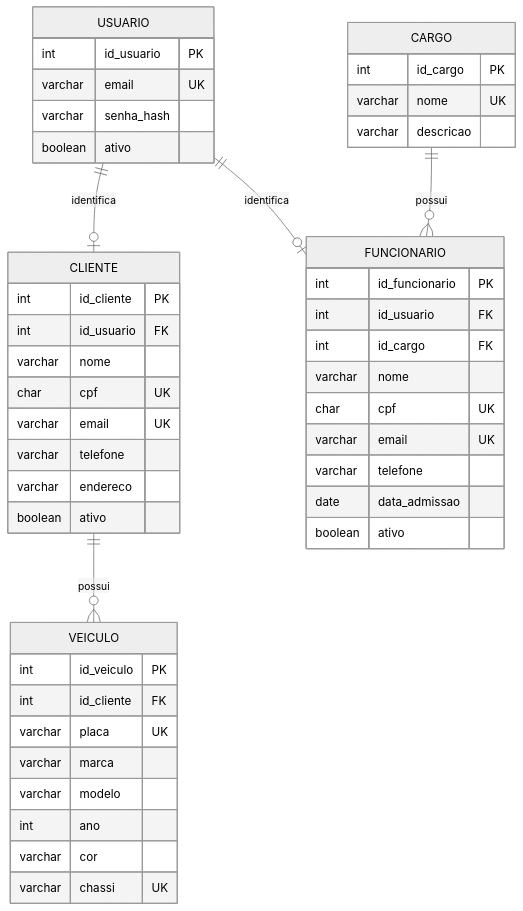
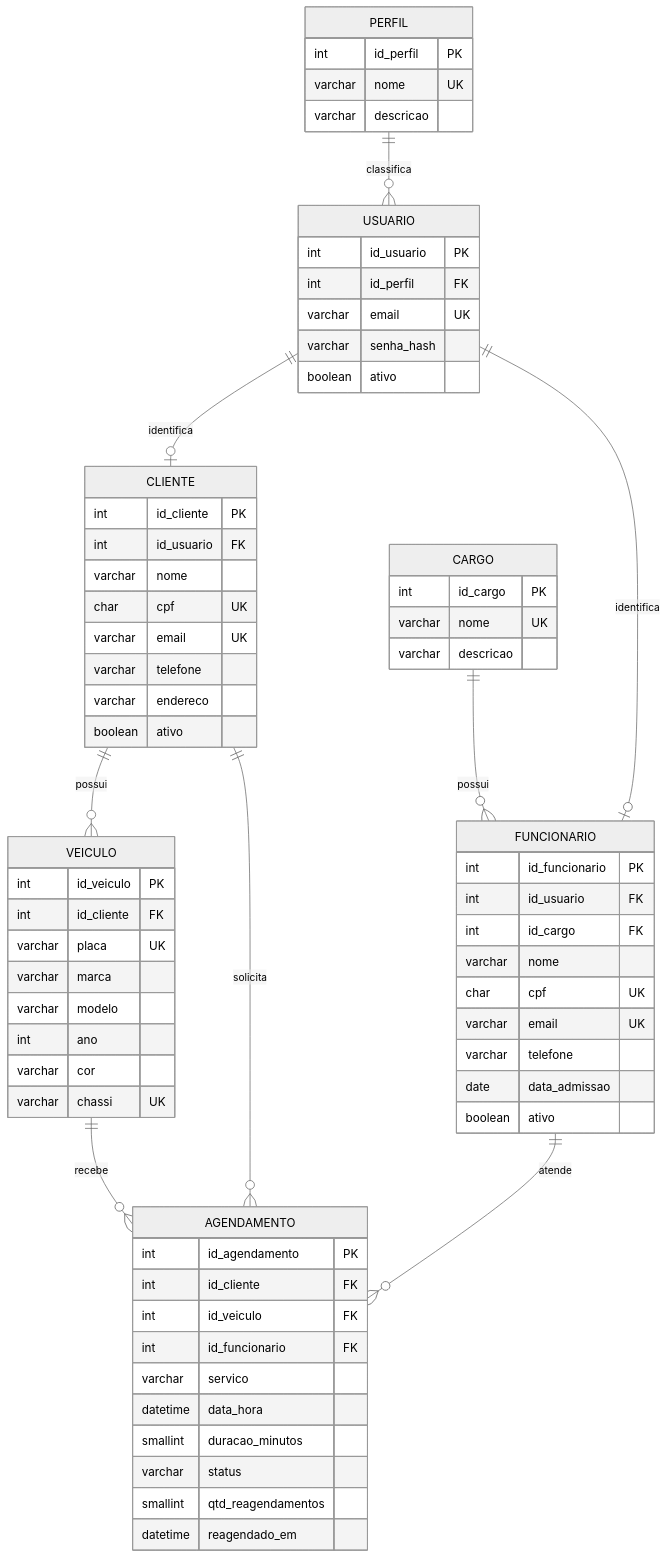
The second of 2 diagrams in README.md (viniciusMoraesChaves/OficinaDS), drawn with Mermaid (neutral theme) before and after one commit. The commit also changed other lines of this file, not shown here.

````diff
--- a/README.md
+++ b/README.md
@@ -143,54 +201,78 @@
 ```mermaid
 erDiagram
+    PERFIL ||--o{ USUARIO : classifica
     USUARIO ||--o| CLIENTE : identifica
     USUARIO ||--o| FUNCIONARIO : identifica
     CARGO ||--o{ FUNCIONARIO : possui
     CLIENTE ||--o{ VEICULO : possui
+    VEICULO ||--o{ AGENDAMENTO : recebe
+    FUNCIONARIO ||--o{ AGENDAMENTO : atende
+    CLIENTE ||--o{ AGENDAMENTO : solicita
+
+    PERFIL {
+        int id_perfil PK
+        varchar nome UK
+        varchar descricao
+    }
 
     USUARIO {
         int id_usuario PK
+        int id_perfil FK
         varchar email UK
         varchar senha_hash
         boolean ativo
     }
 
     CLIENTE {
         int id_cliente PK
         int id_usuario FK
         varchar nome
         char cpf UK
         varchar email UK
         varchar telefone
         varchar endereco
         boolean ativo
     }
 
     VEICULO {
         int id_veiculo PK
         int id_cliente FK
         varchar placa UK
         varchar marca
         varchar modelo
         int ano
         varchar cor
         varchar chassi UK
     }
 
     CARGO {
         int id_cargo PK
         varchar nome UK
         varchar descricao
     }
 
     FUNCIONARIO {
         int id_funcionario PK
         int id_usuario FK
         int id_cargo FK
         varchar nome
         char cpf UK
         varchar email UK
         varchar telefone
         date data_admissao
         boolean ativo
     }
+
+    AGENDAMENTO {
+        int id_agendamento PK
+        int id_cliente FK
+        int id_veiculo FK
+        int id_funcionario FK
+        varchar servico
+        datetime data_hora
+        smallint duracao_minutos
+        varchar status
+        smallint qtd_reagendamentos
+        datetime reagendado_em
+    }
 ```
````
